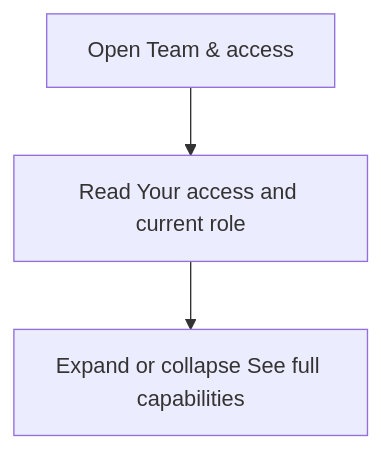
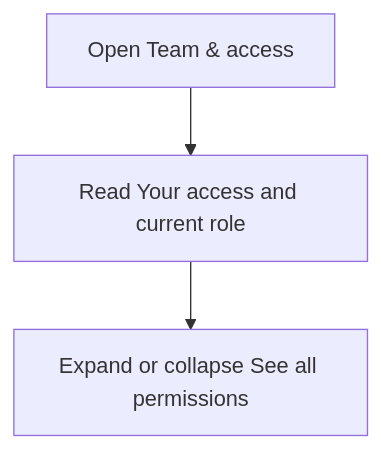
The first of 2 diagrams in user-stories/settings/US-SET-11-viewer-readonly.md (Kevinjohn/capacitylens), drawn with Mermaid before and after one commit. The commit also changed other lines of this file and 16 other files, not shown here.

````diff
--- a/user-stories/settings/US-SET-11-viewer-readonly.md
+++ b/user-stories/settings/US-SET-11-viewer-readonly.md
@@ -17,5 +17,5 @@
 ```mermaid
 flowchart TD
 A["Open Team & access"] --> B["Read Your access and current role"]
-B --> C["Expand or collapse See full capabilities"]
+B --> C["Expand or collapse See all permissions"]
 ```
````
